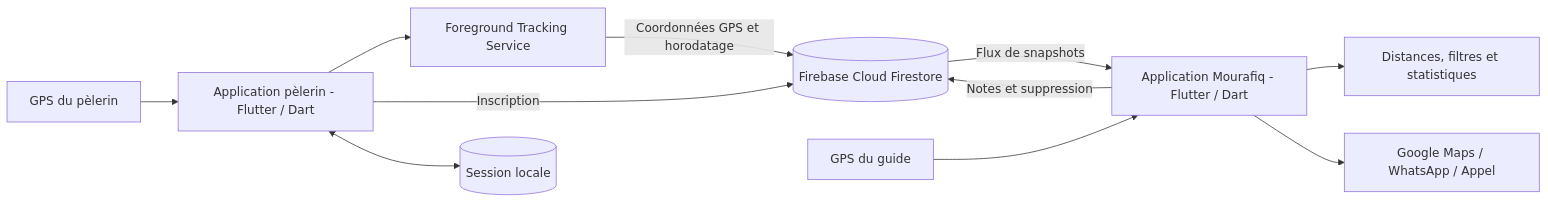
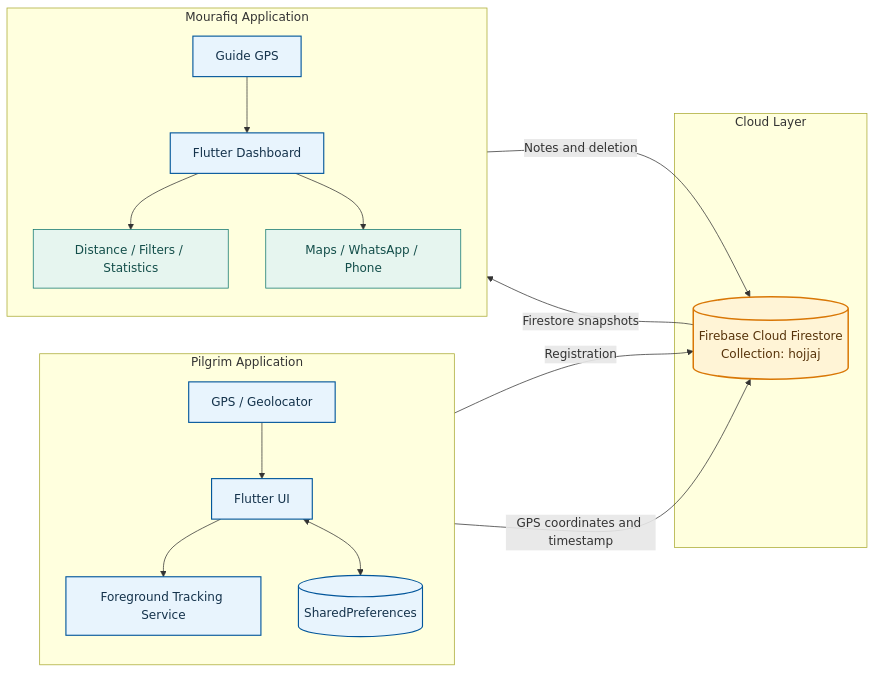
The first of 3 diagrams in README.md (medaminesalhi/Hajj-Pilgrim-Tracking), drawn with Mermaid before and after one commit. The commit also changed other lines of this file, not shown here.

````diff
--- a/README.md
+++ b/README.md
@@ -74,13 +75,28 @@
 ```mermaid
 flowchart LR
-    GPS[GPS du pèlerin] --> U[Application pèlerin - Flutter / Dart]
-    U --> T[Foreground Tracking Service]
-    U -->|Inscription| F[(Firebase Cloud Firestore)]
-    T -->|Coordonnées GPS et horodatage| F
-    U <--> S[(Session locale)]
-    F -->|Flux de snapshots| A[Application Mourafiq - Flutter / Dart]
-    G[GPS du guide] --> A
-    A --> D[Distances, filtres et statistiques]
-    A -->|Notes et suppression| F
-    A --> E[Google Maps / WhatsApp / Appel]
+    subgraph P["Pilgrim Application"]
+        direction TB
+        GPS["GPS / Geolocator"] --> U["Flutter UI"]
+        U --> T["Foreground Tracking Service"]
+        U <--> S[("SharedPreferences")]
+    end
+    subgraph C["Cloud Layer"]
+        F[("Firebase Cloud Firestore<br/>Collection: hojjaj")]
+    end
+    subgraph M["Mourafiq Application"]
+        direction TB
+        G["Guide GPS"] --> A["Flutter Dashboard"]
+        A --> D["Distance / Filters / Statistics"]
+        A --> E["Maps / WhatsApp / Phone"]
+    end
+    U -->|Registration| F
+    T -->|GPS coordinates and timestamp| F
+    F -->|Firestore snapshots| A
+    A -->|Notes and deletion| F
+    classDef mobile fill:#E8F4FD,stroke:#02569B,color:#14324B,stroke-width:1.5px
+    classDef cloud fill:#FFF4D6,stroke:#D97706,color:#57330A,stroke-width:2px
+    classDef output fill:#E6F5EF,stroke:#0F766E,color:#134E4A
+    class GPS,U,T,S,G,A mobile
+    class F cloud
+    class D,E output
 ```
````
